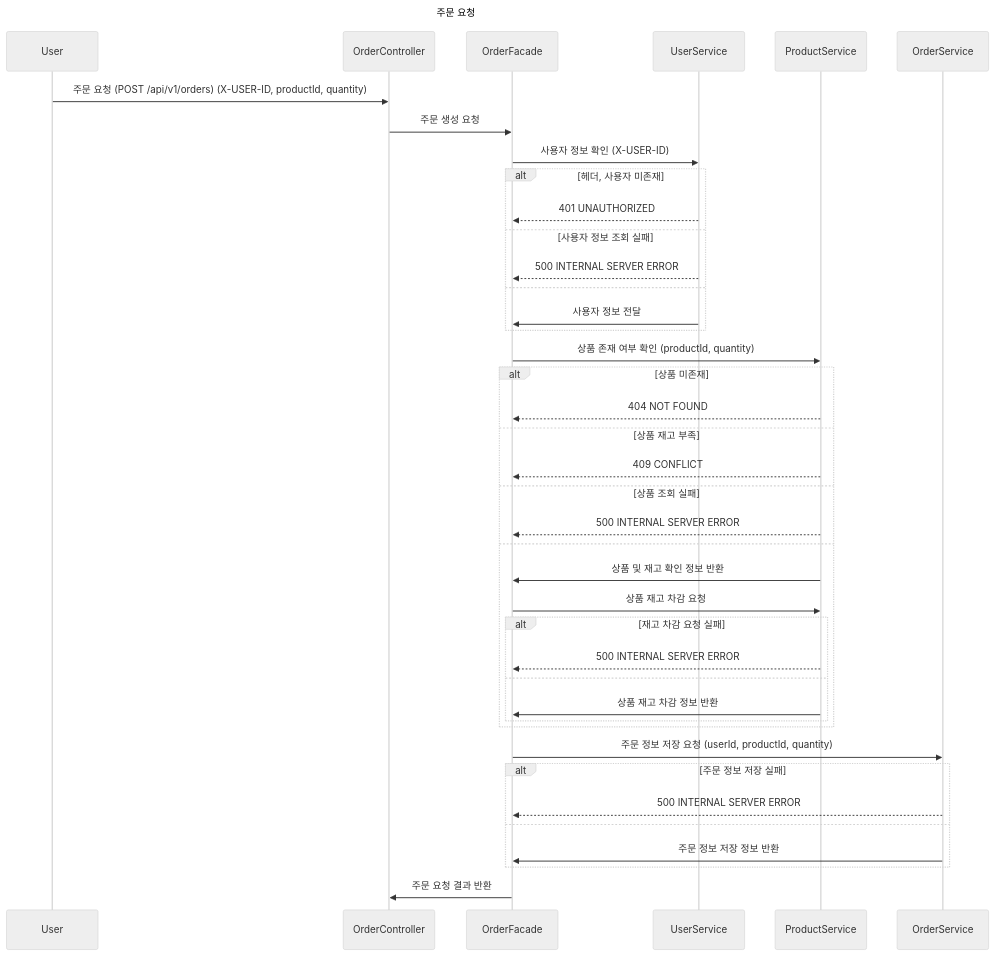
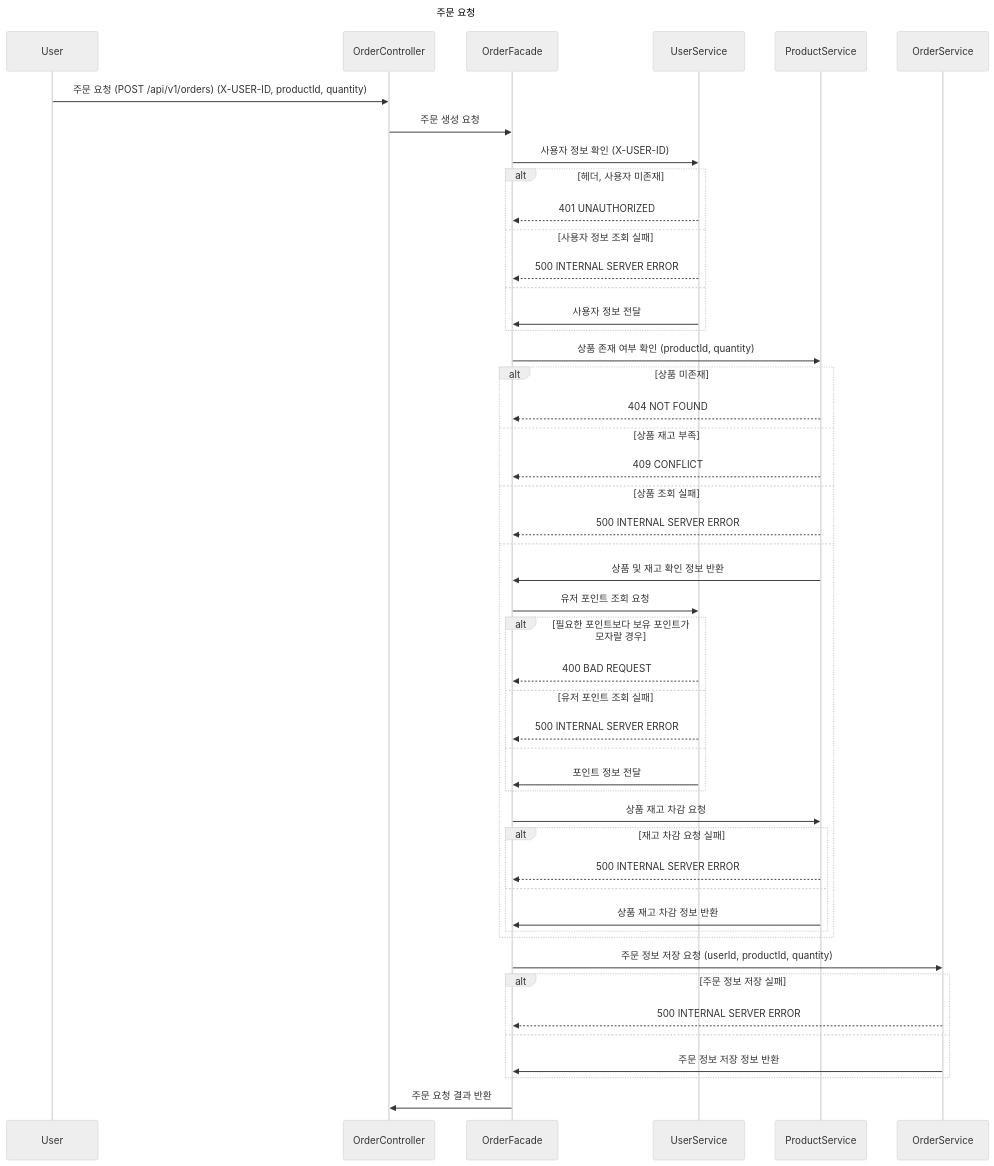
The seventh of 9 diagrams in docs/design/02-sequence-diagrams.md (dksqodwns/loopers), drawn with Mermaid (neutral theme) before and after one commit. The commit also changed other lines of this file and 3 other files, not shown here.

Commit message:
docs: ERD 작성

````diff
--- a/docs/design/02-sequence-diagrams.md
+++ b/docs/design/02-sequence-diagrams.md
@@ -165,47 +165,55 @@
 ```mermaid
 ---
 title: 주문 요청
 ---
 %% TODO: 유저 돈 모자라면 실패하는 로직은 어디감?
 
 sequenceDiagram
     participant u as User
     participant oc as OrderController
     participant of as OrderFacade
     participant us as UserService
     participant ps as ProductService
     participant os as OrderService
     u ->> oc: 주문 요청 (POST /api/v1/orders) (X-USER-ID, productId, quantity)
     oc ->> of: 주문 생성 요청
     of ->> us: 사용자 정보 확인 (X-USER-ID)
     alt 헤더, 사용자 미존재
         us -->> of: 401 UNAUTHORIZED
     else 사용자 정보 조회 실패
         us -->> of: 500 INTERNAL SERVER ERROR
     else
         us ->> of: 사용자 정보 전달
     end
     of ->> ps: 상품 존재 여부 확인 (productId, quantity)
     alt 상품 미존재
         ps -->> of: 404 NOT FOUND
     else 상품 재고 부족
         ps -->> of: 409 CONFLICT
     else 상품 조회 실패
         ps -->> of: 500 INTERNAL SERVER ERROR
     else
         ps ->> of: 상품 및 재고 확인 정보 반환
+        of ->> us: 유저 포인트 조회 요청
+        alt 필요한 포인트보다 보유 포인트가 모자랄 경우
+            us -->> of: 400 BAD REQUEST
+        else 유저 포인트 조회 실패
+            us -->> of: 500 INTERNAL SERVER ERROR
+        else
+            us ->> of: 포인트 정보 전달
+        end
         of ->> ps: 상품 재고 차감 요청
         alt 재고 차감 요청 실패
             ps -->> of: 500 INTERNAL SERVER ERROR
         else
             ps ->> of: 상품 재고 차감 정보 반환
         end
     end
     of ->> os: 주문 정보 저장 요청 (userId, productId, quantity)
     alt 주문 정보 저장 실패
         os -->> of: 500 INTERNAL SERVER ERROR
     else
         os ->> of: 주문 정보 저장 정보 반환
     end
     of ->> oc: 주문 요청 결과 반환
 ```
````
